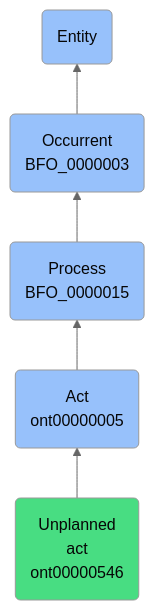
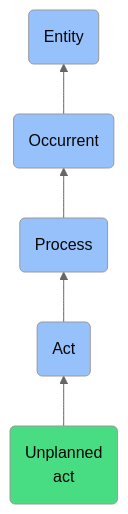
One commit to jupyter-naas/abi changed the diagram in docs/ontology/reference/model/Entity/Occurrent/Process/Act/Unplanned act/Unplanned act.md. Above: the diagram before and after it, drawn with Mermaid (neutral theme). The commit also changed other lines of this file and 1430 other files, not shown here.

````diff
--- a/docs/ontology/reference/model/Entity/Occurrent/Process/Act/Unplanned act/Unplanned act.md
+++ b/docs/ontology/reference/model/Entity/Occurrent/Process/Act/Unplanned act/Unplanned act.md
@@ -24,12 +24,12 @@
 ```mermaid
 graph BT
-    ont00000546(Unplanned<br>act<br>ont00000546):::ABI-->ont00000005
-    ont00000005(Act<br>ont00000005):::BFO-->BFO_0000015
-    BFO_0000015(Process<br>BFO_0000015):::BFO-->BFO_0000003
-    BFO_0000003(Occurrent<br>BFO_0000003):::BFO-->BFO_0000001
+    ont00000546(Unplanned<br>act):::ABI-->ont00000005
+    ont00000005(Act):::BFO-->BFO_0000015
+    BFO_0000015(Process):::BFO-->BFO_0000003
+    BFO_0000003(Occurrent):::BFO-->BFO_0000001
     BFO_0000001(Entity):::BFO
     
     classDef BFO fill:#97c1fb,color:#060606
     classDef CCO fill:#e4c51e,color:#060606
     classDef ABI fill:#48DD82,color:#060606
 ```
````
